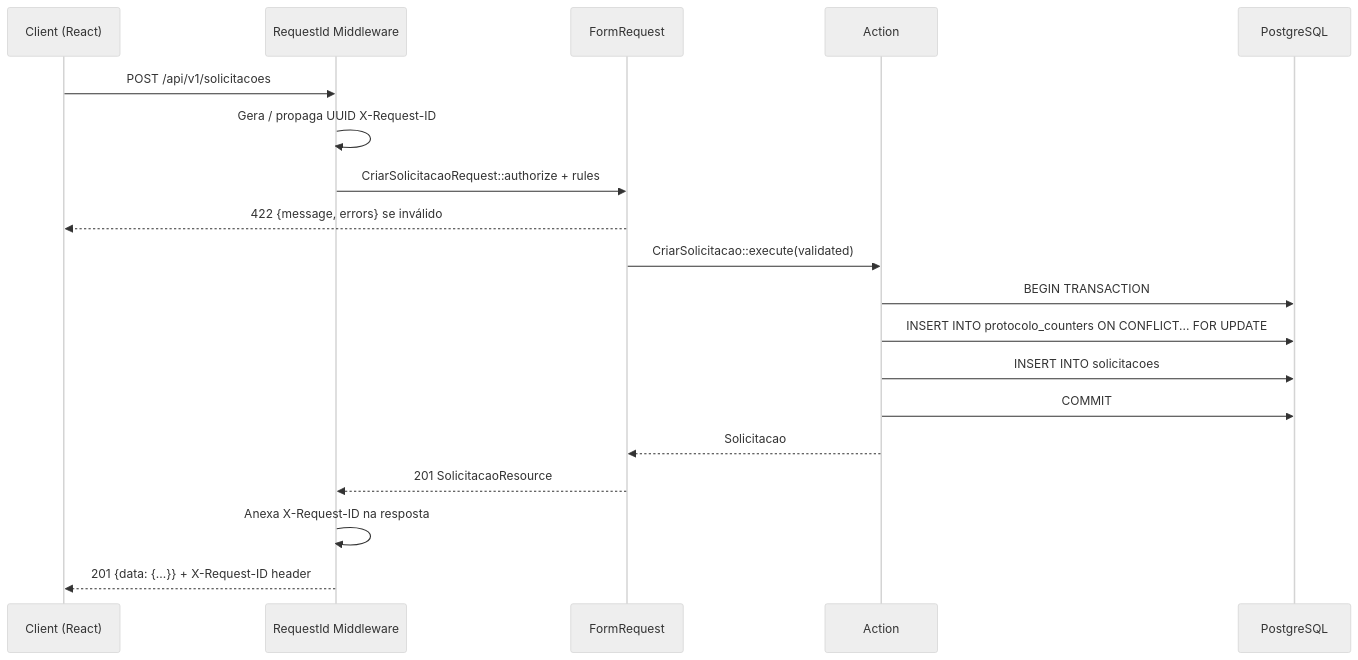
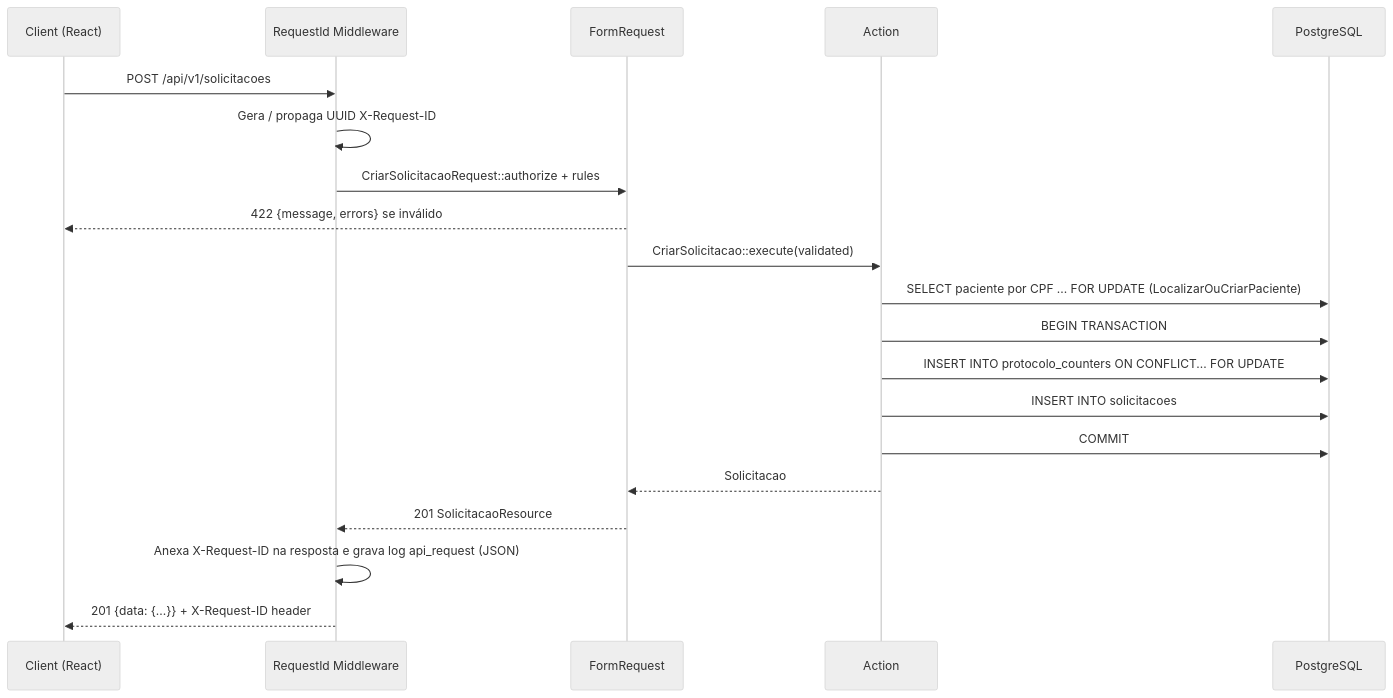
One commit to hbn28/V-lab-desafio-tecnico changed the first of 3 diagrams in docs/architecture.md. Above: the diagram before and after it, drawn with Mermaid (neutral theme). The commit also changed other lines of this file and 4 other files, not shown here.

````diff
--- a/docs/architecture.md
+++ b/docs/architecture.md
@@ -18,22 +18,23 @@
 ```mermaid
 sequenceDiagram
     participant C as Client (React)
     participant M as RequestId Middleware
     participant FR as FormRequest
     participant A as Action
     participant DB as PostgreSQL
 
     C->>M: POST /api/v1/solicitacoes
     M->>M: Gera / propaga UUID X-Request-ID
     M->>FR: CriarSolicitacaoRequest::authorize + rules
     FR-->>C: 422 {message, errors} se inválido
     FR->>A: CriarSolicitacao::execute(validated)
+    A->>DB: SELECT paciente por CPF ... FOR UPDATE (LocalizarOuCriarPaciente)
     A->>DB: BEGIN TRANSACTION
     A->>DB: INSERT INTO protocolo_counters ON CONFLICT... FOR UPDATE
     A->>DB: INSERT INTO solicitacoes
     A->>DB: COMMIT
     A-->>FR: Solicitacao
     FR-->>M: 201 SolicitacaoResource
-    M->>M: Anexa X-Request-ID na resposta
+    M->>M: Anexa X-Request-ID na resposta e grava log api_request (JSON)
     M-->>C: 201 {data: {...}} + X-Request-ID header
 ```
````
